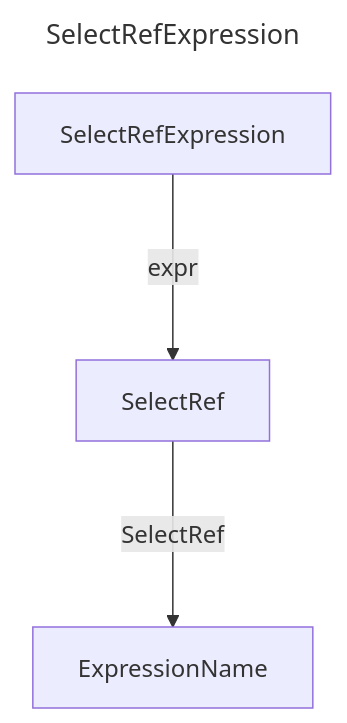
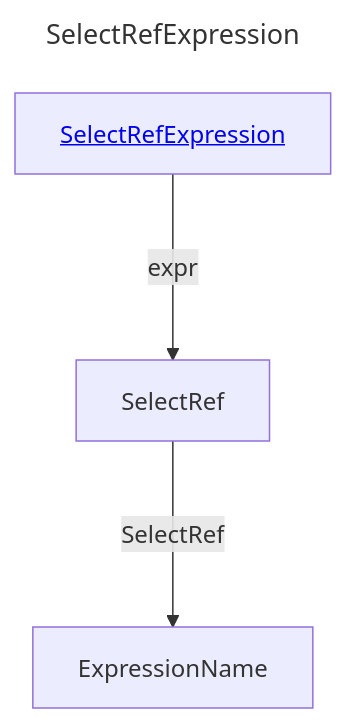
One commit to douglassimonsen/pbi_core changed the diagram in docs/docs/layout/erd/SelectRefExpression.md. Above: the diagram before and after it, drawn with Mermaid. The commit also changed 76 other files, not shown here.

````diff
--- a/docs/docs/layout/erd/SelectRefExpression.md
+++ b/docs/docs/layout/erd/SelectRefExpression.md
@@ -1,11 +1,11 @@
 ```mermaid
 ---
 title: SelectRefExpression
 ---
 graph 
-2430071366800["ExpressionName"]
-2430071356064["SelectRef"]
-2430071923168["SelectRefExpression"]
-2430071923168 --->|expr| 2430071356064
-2430071356064 --->|SelectRef| 2430071366800
+ExpressionName[ExpressionName]
+SelectRef[SelectRef]
+SelectRefExpression[<a href='/layout/erd/SelectRefExpression'>SelectRefExpression</a>]
+SelectRefExpression --->|expr| SelectRef
+SelectRef --->|SelectRef| ExpressionName
 ```
````
